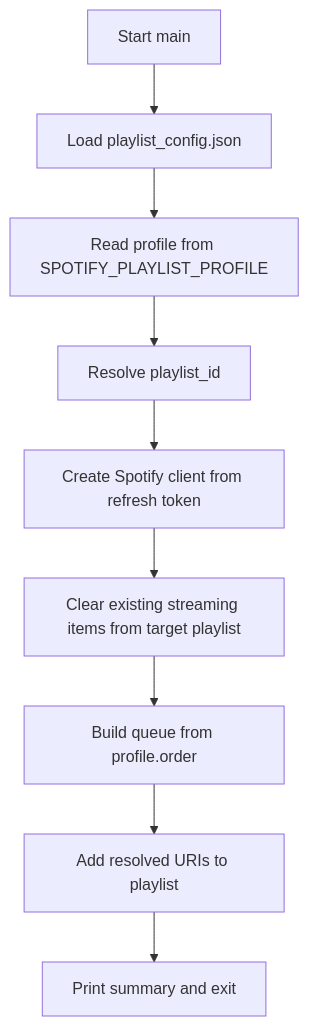
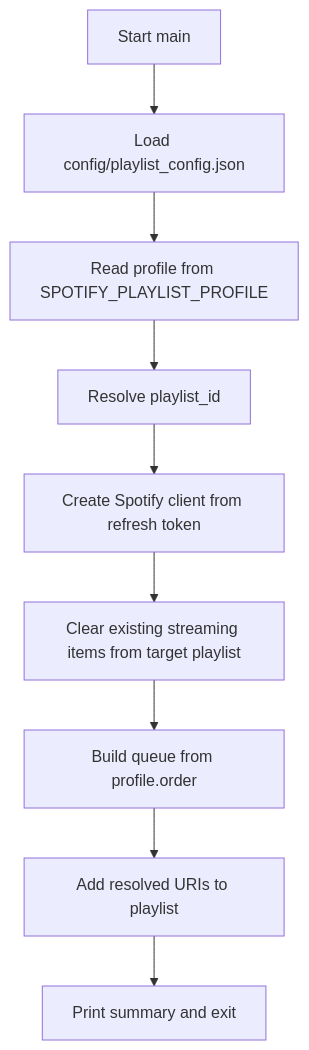
Before and after one commit to Jctebo/spotify_praylist: the first of 5 diagrams in REFRESH_PLAYLIST_ARCHITECTURE.md, drawn with Mermaid. The commit also changed other lines of this file and 15 other files, not shown here.

````diff
--- a/REFRESH_PLAYLIST_ARCHITECTURE.md
+++ b/REFRESH_PLAYLIST_ARCHITECTURE.md
@@ -9,11 +9,11 @@
 ```mermaid
 flowchart TD
-    A[Start main] --> B[Load playlist_config.json]
+    A[Start main] --> B[Load config/playlist_config.json]
     B --> C[Read profile from SPOTIFY_PLAYLIST_PROFILE]
     C --> D[Resolve playlist_id]
     D --> E[Create Spotify client from refresh token]
     E --> F[Clear existing streaming items from target playlist]
     F --> G[Build queue from profile.order]
     G --> H[Add resolved URIs to playlist]
     H --> I[Print summary and exit]
 ```
````
